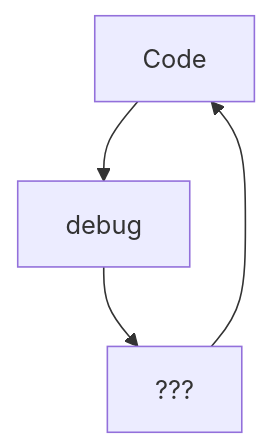
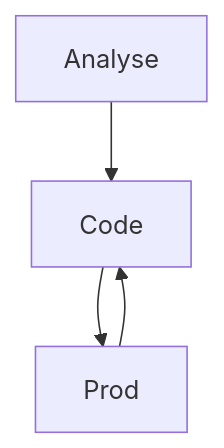
The diagram in README.md (lf444/lf444), drawn with Mermaid before and after one commit.

````diff
--- a/README.md
+++ b/README.md
@@ -41,6 +41,6 @@
 ```mermaid
   graph TD;
-      Code-->debug;
-      debug-->???;
-      ???-->Code;
+      Analyse-->Code;
+      Code-->Prod;
+      Prod-->Code;
 ```
````
